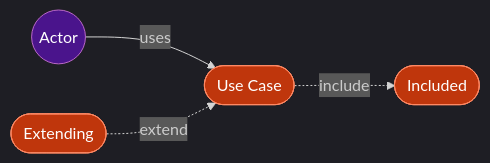
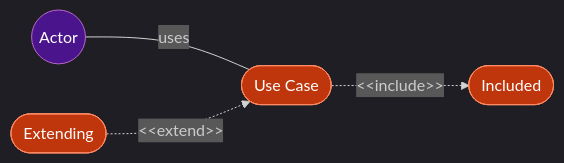
One commit to ToshikiImagawa/ai-sdd-workflow changed diagram 17 of 25 in plugins/sdd-workflow/shared/references/usecase_diagram_guide.md. Above: the diagram before and after it, drawn with Mermaid. The commit also changed other lines of this file and 48 other files, not shown here.

First line of the commit message:
v3.0.1: Mermaid記法のUML標準準拠とsdd-init設定管理機能の追加 (#35)

````diff
--- a/plugins/sdd-workflow/shared/references/usecase_diagram_guide.md
+++ b/plugins/sdd-workflow/shared/references/usecase_diagram_guide.md
@@ -478,13 +481,13 @@
 ```mermaid
 %%{init: {'theme': 'dark'}}%%
 flowchart LR
-    A((Actor)) -->|uses| B(["Use Case"])
-    B -. include .-> C(["Included"])
-    D(["Extending"]) -. extend .-> B
+    A((Actor)) ---|uses| B(["Use Case"])
+    B -.->|"&lt;&lt;include&gt;&gt;"| C(["Included"])
+    D(["Extending"]) -.->|"&lt;&lt;extend&gt;&gt;"| B
 
     classDef actor fill:#4a148c,stroke:#ba68c8,color:#fff
     classDef usecase fill:#bf360c,stroke:#ff8a65,color:#fff
 
     class A actor
     class B,C,D usecase
 ```
````
